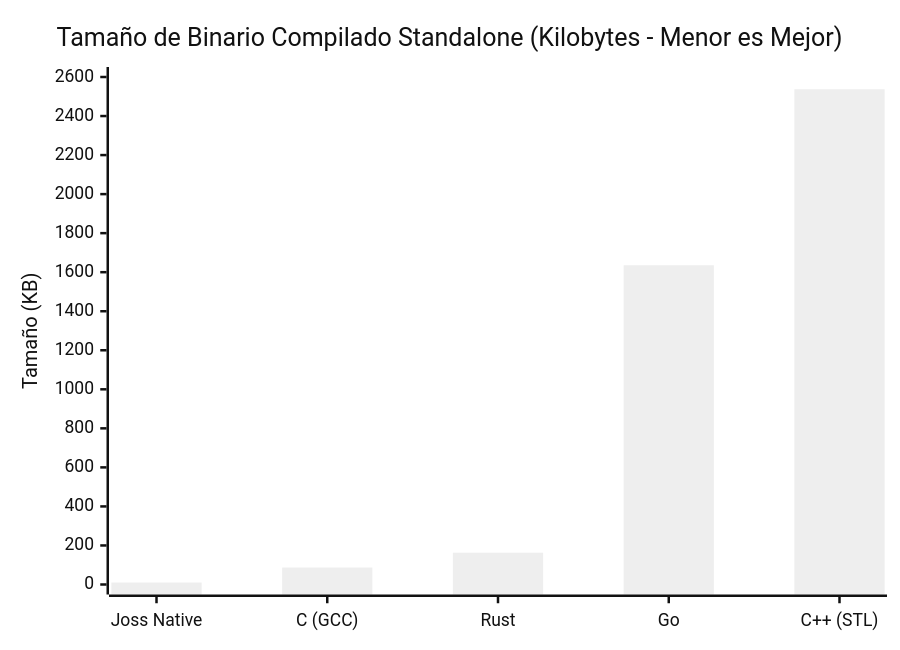
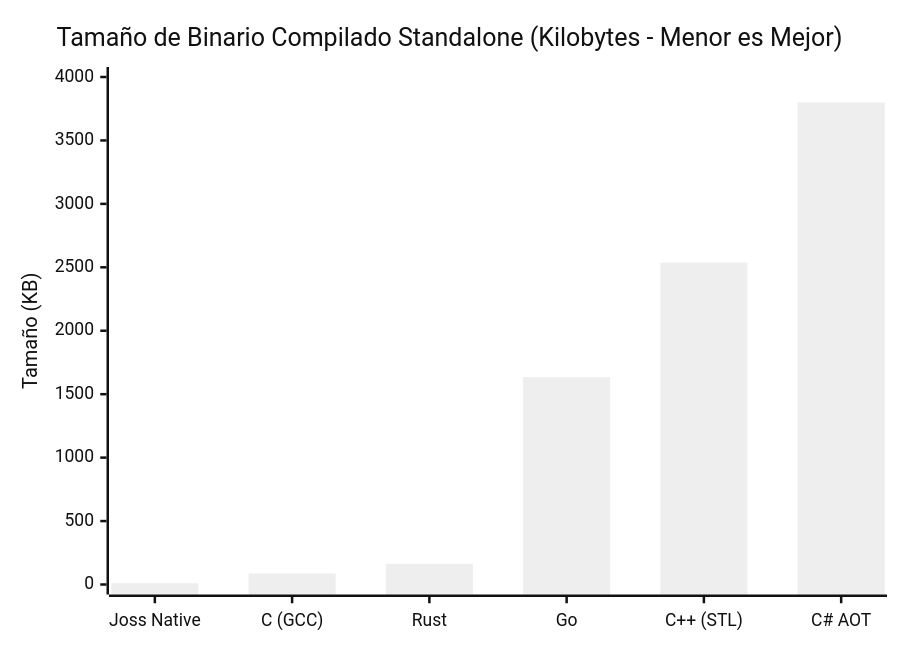
Before and after one commit to joss-language/Joss-Programming-Language: the fifth of 5 diagrams in branchmark.md, drawn with Mermaid (neutral theme). The commit also changed other lines of this file and 12 other files, not shown here.

````diff
--- a/branchmark.md
+++ b/branchmark.md
@@ -311,7 +278,7 @@
 ```mermaid
 xychart-beta
     title "Tamaño de Binario Compilado Standalone (Kilobytes - Menor es Mejor)"
-    x-axis ["Joss Native", "C (GCC)", "Rust", "Go", "C++ (STL)"]
-    y-axis "Tamaño (KB)" 0 --> 2600
-    bar [10.0, 86.8, 163.0, 1635.5, 2537.2]
+    x-axis ["Joss Native", "C (GCC)", "Rust", "Go", "C++ (STL)", "C# AOT"]
+    y-axis "Tamaño (KB)" 0 --> 4000
+    bar [10.0, 86.8, 163.0, 1635.5, 2537.2, 3800.0]
 ```
````
